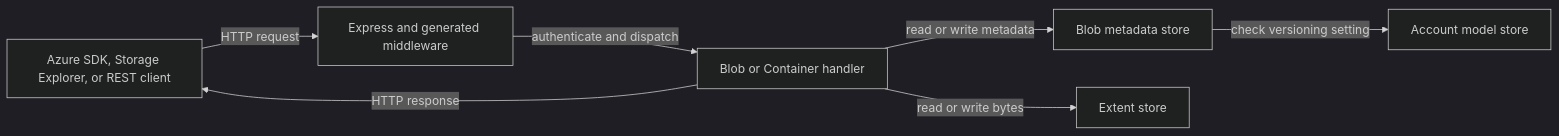
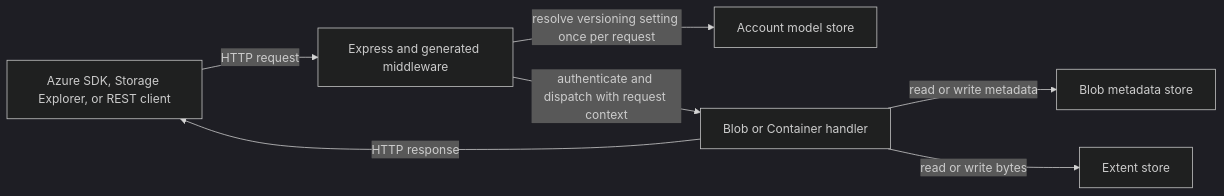
Before and after one commit to Azure/Azurite: the first of 7 diagrams in docs/designs/2025-12-blob-versioning.md, drawn with Mermaid (dark theme). The commit also changed other lines of this file and 20 other files, not shown here.

First line of the commit message:
Resolve blob versioning per request and tighten the metadata store contract

````diff
--- a/docs/designs/2025-12-blob-versioning.md
+++ b/docs/designs/2025-12-blob-versioning.md
@@ -67,16 +67,16 @@
 ```mermaid
 flowchart LR
     Client[Azure SDK, Storage Explorer, or REST client]
     HTTP[Express and generated middleware]
     Handler[Blob or Container handler]
     AccountStore[Account model store]
     MetadataStore[Blob metadata store]
     ExtentStore[Extent store]
 
     Client -->|HTTP request| HTTP
-    HTTP -->|authenticate and dispatch| Handler
+    HTTP -->|resolve versioning setting once per request| AccountStore
+    HTTP -->|authenticate and dispatch with request context| Handler
     Handler -->|read or write metadata| MetadataStore
-    MetadataStore -->|check versioning setting| AccountStore
     Handler -->|read or write bytes| ExtentStore
     Handler -->|HTTP response| Client
 ```
````
